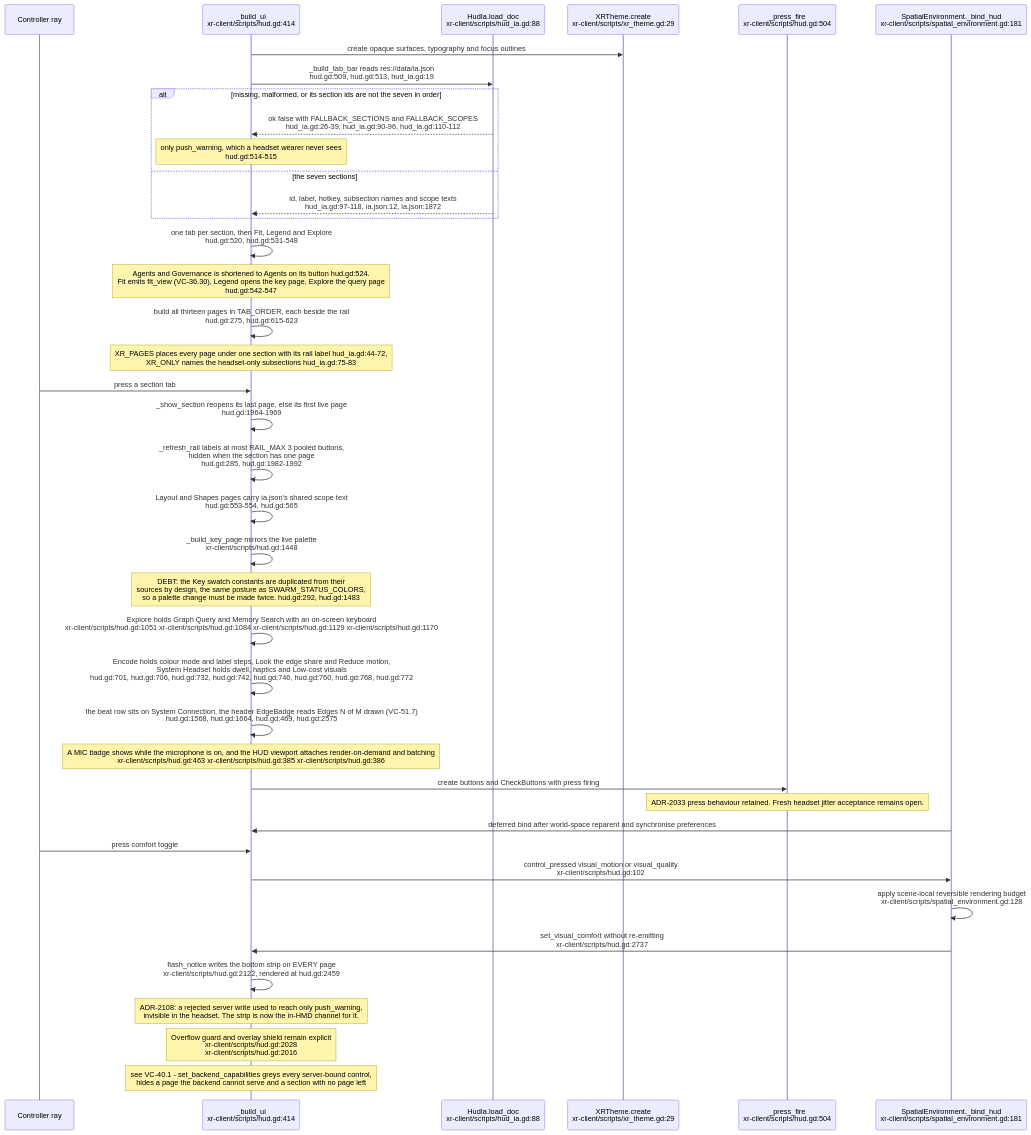
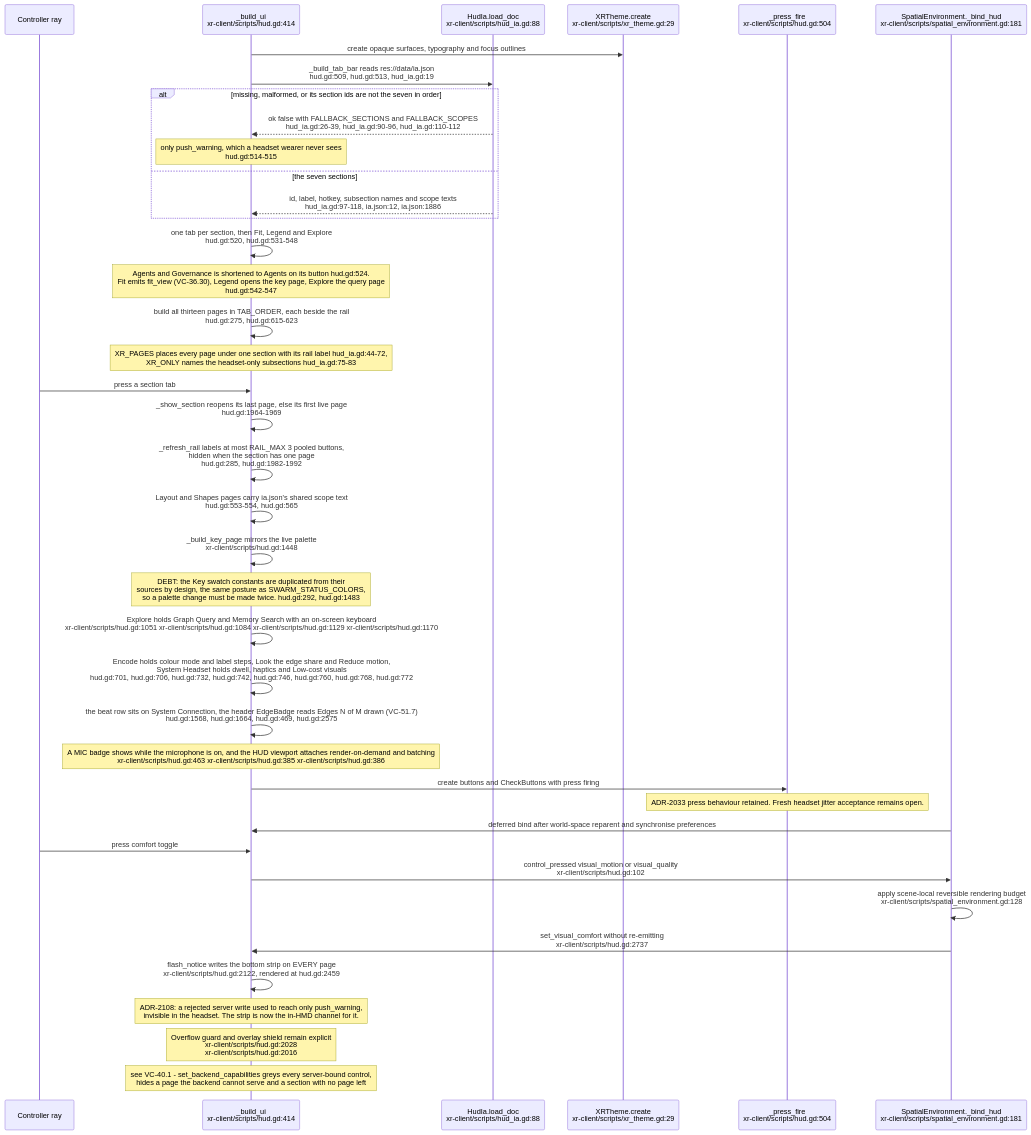
The eighth of 30 diagrams in docs/diagrams/visionclaw/36-godot-xr-client.md (DreamLab-AI/VisionFlow), drawn with Mermaid before and after one commit. The commit also changed other lines of this file and 7 other files, not shown here.

First line of the commit message:
diagrams(visionclaw): re-verify VC-34 to VC-40 and VC-42 at visionclaw 4900ec6, agentbox 59b1aca

````diff
--- a/docs/diagrams/visionclaw/36-godot-xr-client.md
+++ b/docs/diagrams/visionclaw/36-godot-xr-client.md
@@ -517,42 +517,42 @@
 ```mermaid
 sequenceDiagram
     participant W as Controller ray
     participant HUD as _build_ui<br/>xr-client/scripts/hud.gd:414
     participant IA as HudIa.load_doc<br/>xr-client/scripts/hud_ia.gd:88
     participant Theme as XRTheme.create<br/>xr-client/scripts/xr_theme.gd:29
     participant Press as _press_fire<br/>xr-client/scripts/hud.gd:504
     participant Env as SpatialEnvironment._bind_hud<br/>xr-client/scripts/spatial_environment.gd:181
     HUD->>Theme: create opaque surfaces, typography and focus outlines
     HUD->>IA: _build_tab_bar reads res://data/ia.json<br/>hud.gd:509, hud.gd:513, hud_ia.gd:19
     alt missing, malformed, or its section ids are not the seven in order
         IA-->>HUD: ok false with FALLBACK_SECTIONS and FALLBACK_SCOPES<br/>hud_ia.gd:26-39, hud_ia.gd:90-96, hud_ia.gd:110-112
         Note over HUD: only push_warning, which a headset wearer never sees<br/>hud.gd:514-515
     else the seven sections
-        IA-->>HUD: id, label, hotkey, subsection names and scope texts<br/>hud_ia.gd:97-118, ia.json:12, ia.json:1872
+        IA-->>HUD: id, label, hotkey, subsection names and scope texts<br/>hud_ia.gd:97-118, ia.json:12, ia.json:1886
     end
     HUD->>HUD: one tab per section, then Fit, Legend and Explore<br/>hud.gd:520, hud.gd:531-548
     Note over HUD: Agents and Governance is shortened to Agents on its button hud.gd:524.<br/>Fit emits fit_view (VC-36.30), Legend opens the key page, Explore the query page<br/>hud.gd:542-547
     HUD->>HUD: build all thirteen pages in TAB_ORDER, each beside the rail<br/>hud.gd:275, hud.gd:615-623
     Note over HUD: XR_PAGES places every page under one section with its rail label hud_ia.gd:44-72,<br/>XR_ONLY names the headset-only subsections hud_ia.gd:75-83
     W->>HUD: press a section tab
     HUD->>HUD: _show_section reopens its last page, else its first live page<br/>hud.gd:1964-1969
     HUD->>HUD: _refresh_rail labels at most RAIL_MAX 3 pooled buttons,<br/>hidden when the section has one page<br/>hud.gd:285, hud.gd:1982-1992
     HUD->>HUD: Layout and Shapes pages carry ia.json's shared scope text<br/>hud.gd:553-554, hud.gd:565
     HUD->>HUD: _build_key_page mirrors the live palette<br/>xr-client/scripts/hud.gd:1448
     Note over HUD: DEBT: the Key swatch constants are duplicated from their<br/>sources by design, the same posture as SWARM_STATUS_COLORS,<br/>so a palette change must be made twice. hud.gd:292, hud.gd:1483
     HUD->>HUD: Explore holds Graph Query and Memory Search with an on-screen keyboard<br/>xr-client/scripts/hud.gd:1051 xr-client/scripts/hud.gd:1084 xr-client/scripts/hud.gd:1129 xr-client/scripts/hud.gd:1170
     HUD->>HUD: Encode holds colour mode and label steps, Look the edge share and Reduce motion,<br/>System Headset holds dwell, haptics and Low-cost visuals<br/>hud.gd:701, hud.gd:706, hud.gd:732, hud.gd:742, hud.gd:746, hud.gd:760, hud.gd:768, hud.gd:772
     HUD->>HUD: the beat row sits on System Connection, the header EdgeBadge reads Edges N of M drawn (VC-51.7)<br/>hud.gd:1568, hud.gd:1664, hud.gd:469, hud.gd:2575
     Note over HUD: A MIC badge shows while the microphone is on, and the HUD viewport attaches render-on-demand and batching<br/>xr-client/scripts/hud.gd:463 xr-client/scripts/hud.gd:385 xr-client/scripts/hud.gd:386
     HUD->>Press: create buttons and CheckButtons with press firing
     Note over Press: ADR-2033 press behaviour retained. Fresh headset jitter acceptance remains open.
     Env->>HUD: deferred bind after world-space reparent and synchronise preferences
     W->>HUD: press comfort toggle
     HUD->>Env: control_pressed visual_motion or visual_quality<br/>xr-client/scripts/hud.gd:102
     Env->>Env: apply scene-local reversible rendering budget<br/>xr-client/scripts/spatial_environment.gd:128
     Env->>HUD: set_visual_comfort without re-emitting<br/>xr-client/scripts/hud.gd:2737
     HUD->>HUD: flash_notice writes the bottom strip on EVERY page<br/>xr-client/scripts/hud.gd:2122, rendered at hud.gd:2459
     Note over HUD: ADR-2108: a rejected server write used to reach only push_warning,<br/>invisible in the headset. The strip is now the in-HMD channel for it.
     Note over HUD: Overflow guard and overlay shield remain explicit<br/>xr-client/scripts/hud.gd:2028<br/>xr-client/scripts/hud.gd:2016
     Note over HUD: see VC-40.1 - set_backend_capabilities greys every server-bound control,<br/>hides a page the backend cannot serve and a section with no page left
 ```
````
